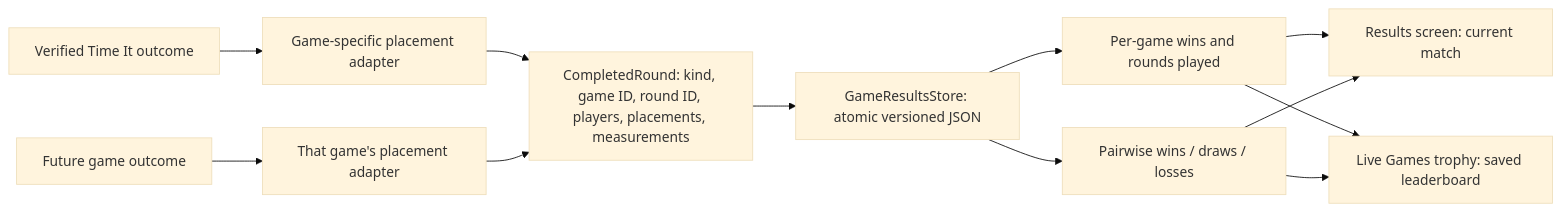
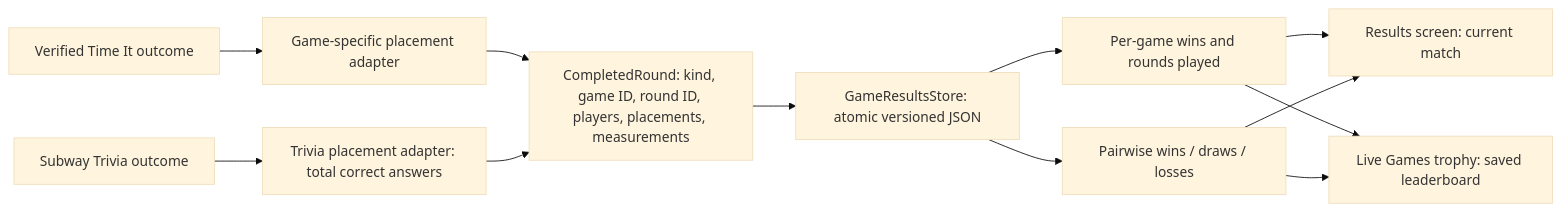
One commit to PembaD/subwaylorePoC changed the sixth of 6 diagrams in docs/system-diagrams.md. Above: the diagram before and after it, drawn with Mermaid (base theme). The commit also changed other lines of this file and 16 other files, not shown here.

Commit message:
Add multiplayer Subway Trivia with question rotation and compact game picker

````diff
--- a/docs/system-diagrams.md
+++ b/docs/system-diagrams.md
@@ -229,14 +242,14 @@
 ```mermaid
 flowchart LR
     Outcome[Verified Time It outcome] --> Adapter[Game-specific placement adapter]
-    Future[Future game outcome] --> Other[That game's placement adapter]
+    Future[Subway Trivia outcome] --> Other[Trivia placement adapter: total correct answers]
     Adapter --> Round[CompletedRound: kind, game ID, round ID, players, placements, measurements]
     Other --> Round
     Round --> Store[GameResultsStore: atomic versioned JSON]
     Store --> Standings[Per-game wins and rounds played]
     Store --> Pairs[Pairwise wins / draws / losses]
     Standings --> Match[Results screen: current match]
     Pairs --> Match
     Standings --> Saved[Live Games trophy: saved leaderboard]
     Pairs --> Saved
 ```
````
